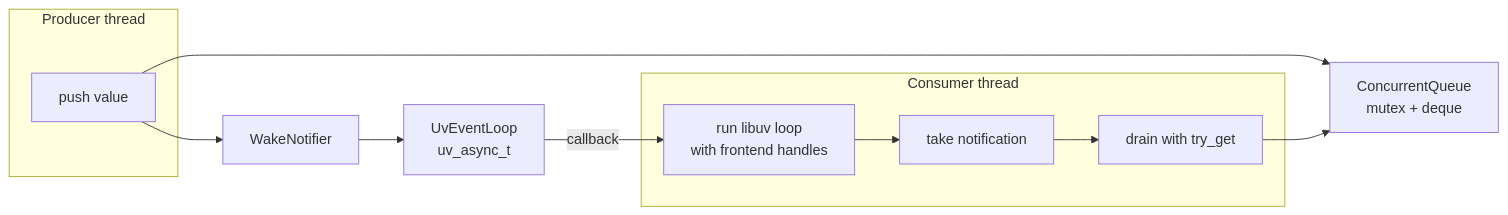
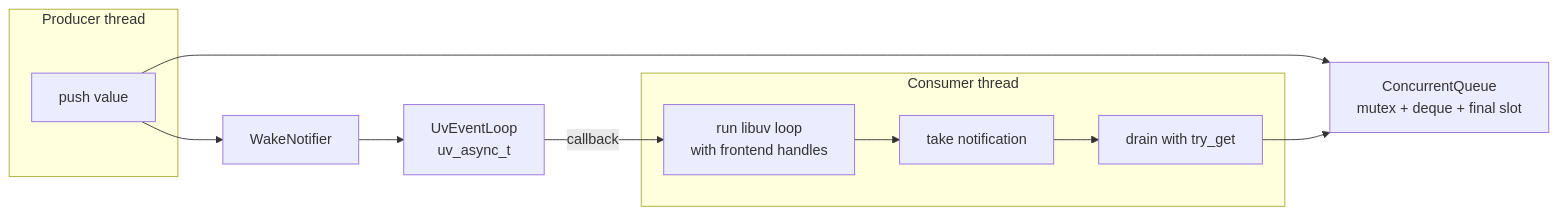
Before and after one commit to michaelpopov/cha: the diagram in src/util/README.md, drawn with Mermaid. The commit also changed other lines of this file and 19 other files, not shown here.

````diff
--- a/src/util/README.md
+++ b/src/util/README.md
@@ -84,22 +88,22 @@
 ```mermaid
 flowchart LR
     subgraph producer["Producer thread"]
         push["push value"]
     end
-    q["ConcurrentQueue<br/>mutex + deque"]
+    q["ConcurrentQueue<br/>mutex + deque + final slot"]
     notifier["WakeNotifier"]
     async["UvEventLoop<br/>uv_async_t"]
     subgraph consumer["Consumer thread"]
         loop["run libuv loop<br/>with frontend handles"]
         observe["take notification"]
         take["drain with try_get"]
     end
 
     push --> q
     push --> notifier
     notifier --> async
     async -->|"callback"| loop
     loop --> observe
     observe --> take
     take --> q
 ```
````
